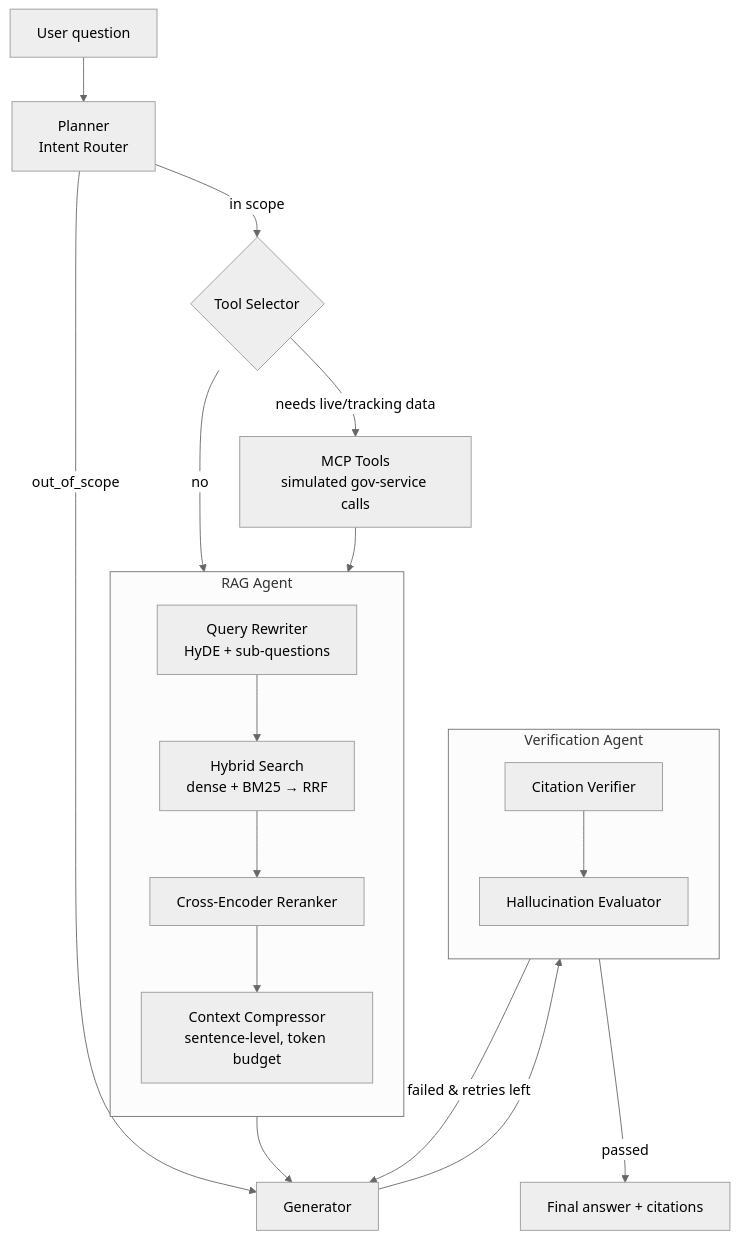
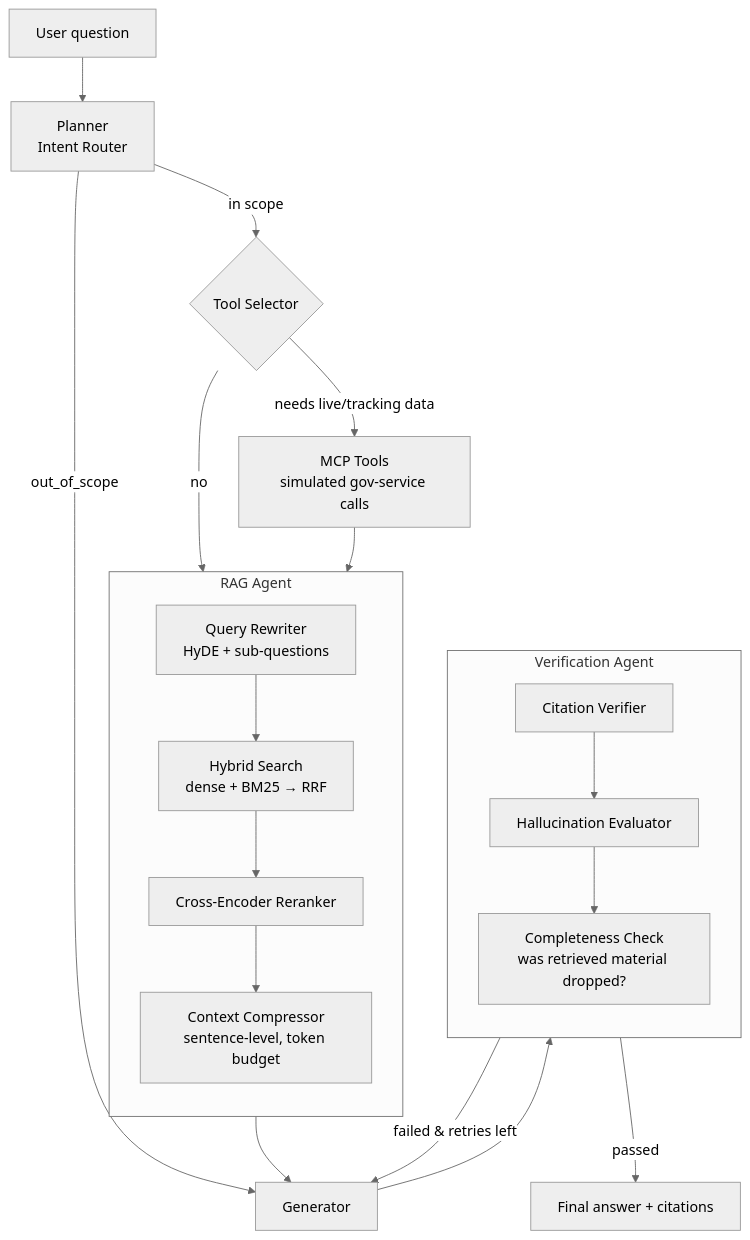
One commit to talalmohsin-98/Rahbar-AI changed the diagram in README.md. Above: the diagram before and after it, drawn with Mermaid (neutral theme). The commit also changed other lines of this file and 17 other files, not shown here.

````diff
--- a/README.md
+++ b/README.md
@@ -105,27 +105,28 @@
 ```mermaid
 flowchart TD
     U[User question] --> P[Planner<br/>Intent Router]
     P -->|out_of_scope| G[Generator]
     P -->|in scope| TS{Tool Selector}
     TS -->|needs live/tracking data| MCP[MCP Tools<br/>simulated gov-service calls]
     TS -->|no| RAG
     MCP --> RAG[RAG Agent]
 
     subgraph RAG[RAG Agent]
         direction TB
         QR[Query Rewriter<br/>HyDE + sub-questions] --> HS[Hybrid Search<br/>dense + BM25 → RRF]
         HS --> RR[Cross-Encoder Reranker]
         RR --> CP[Context Compressor<br/>sentence-level, token budget]
     end
 
     RAG --> G
     G --> V[Verification Agent]
 
     subgraph V[Verification Agent]
         direction TB
         CV[Citation Verifier] --> HE[Hallucination Evaluator]
+        HE --> CC[Completeness Check<br/>was retrieved material dropped?]
     end
 
     V -->|failed & retries left| G
     V -->|passed| A[Final answer + citations]
 ```
````
